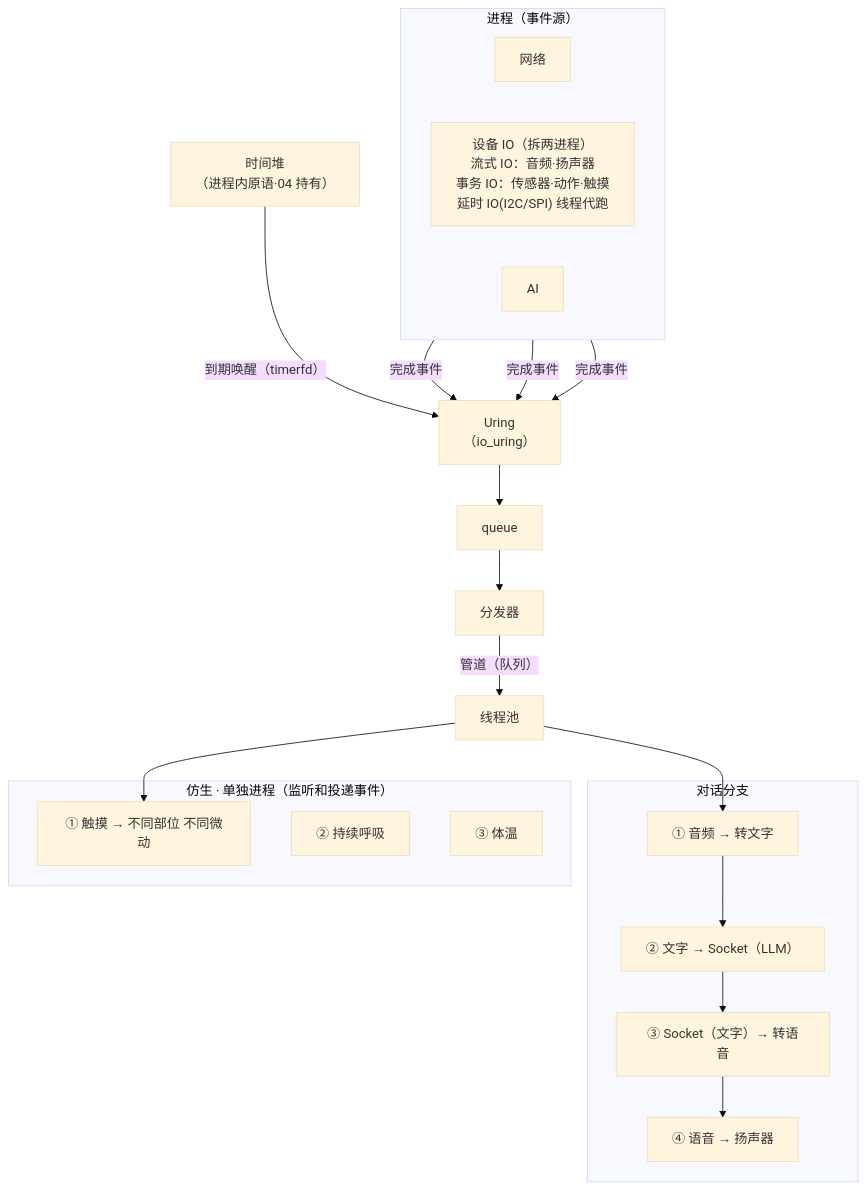
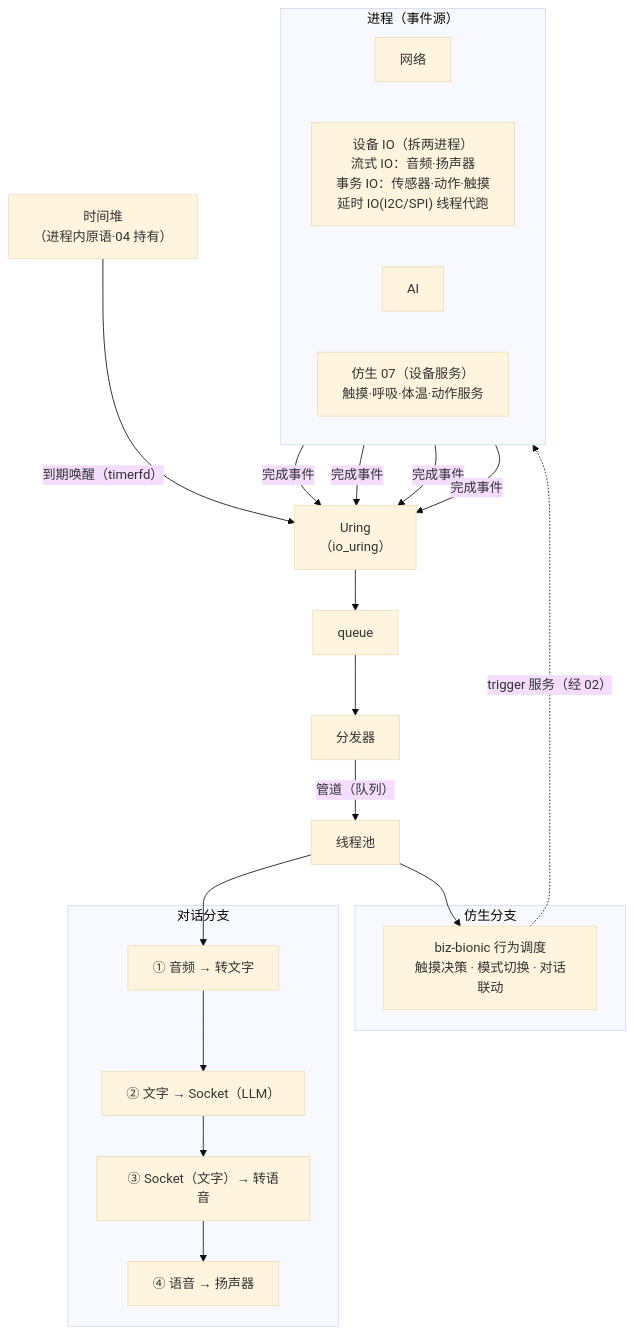
One commit to hihfe/smartdoll changed the diagram in doc/Architecture.md. Above: the diagram before and after it, drawn with Mermaid (base theme). The commit also changed other lines of this file and 7 other files, not shown here.

````diff
--- a/doc/Architecture.md
+++ b/doc/Architecture.md
@@ -24,35 +24,36 @@
 ```mermaid
 flowchart TD
     subgraph PROC["进程（事件源）"]
         direction LR
         NET["网络"]
         DEV["设备 IO（拆两进程）<br/>流式 IO：音频·扬声器<br/>事务 IO：传感器·动作·触摸<br/>延时 IO(I2C/SPI) 线程代跑"]
         AI["AI"]
+        BIO["仿生 07（设备服务）<br/>触摸·呼吸·体温·动作服务"]
     end
 
     TMR["时间堆<br/>（进程内原语·04 持有）"]
 
     NET -->|完成事件| URING
     TMR -->|到期唤醒（timerfd）| URING
     DEV -->|完成事件| URING
     AI -->|完成事件| URING
+    BIO -->|完成事件| URING
 
     URING["Uring<br/>（io_uring）"] --> QUEUE["queue"]
     QUEUE --> DISP["分发器"]
     DISP -->|管道（队列）| POOL["线程池"]
 
     subgraph TALK["对话分支"]
         T1["① 音频 → 转文字"] --> T2["② 文字 → Socket（LLM）"]
         T2 --> T3["③ Socket（文字）→ 转语音"]
         T3 --> T4["④ 语音 → 扬声器"]
     end
 
-    subgraph BIO["仿生 · 单独进程（监听和投递事件）"]
-        B1["① 触摸 → 不同部位 不同微动"]
-        B2["② 持续呼吸"]
-        B3["③ 体温"]
+    subgraph BION["仿生分支"]
+        BB["biz-bionic 行为调度<br/>触摸决策 · 模式切换 · 对话联动"]
     end
 
     POOL --> T1
-    POOL --> B1
+    POOL --> BB
+    BB -.->|"trigger 服务（经 02）"| BIO
 ```
````
